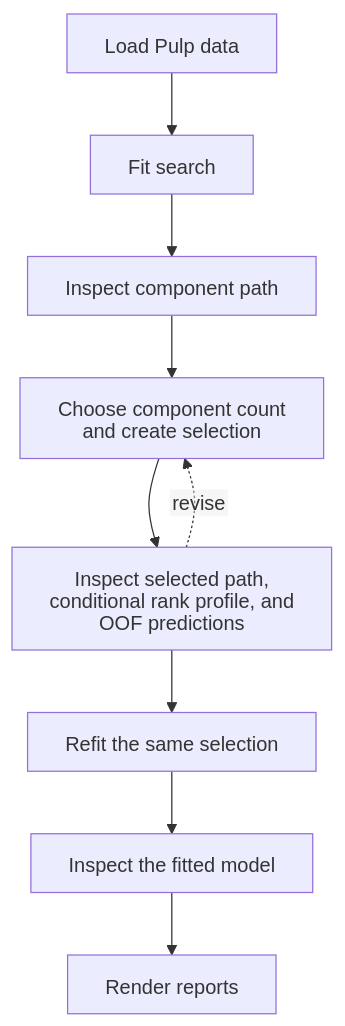
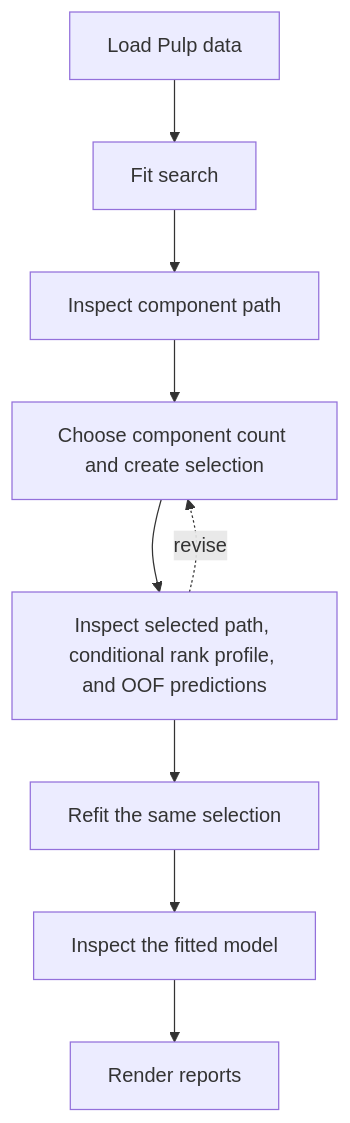
The diagram in docs/tutorials/pulp.md (stefanlindstroem/pipls_private), drawn with Mermaid before and after one commit. The commit also changed 4 other files, not shown here.

Commit message:
Simplify Mermaid integration

````diff
--- a/docs/tutorials/pulp.md
+++ b/docs/tutorials/pulp.md
@@ -14,18 +14,14 @@
 ```mermaid
----
-config:
-  htmlLabels: false
----
 flowchart TD
     load["Load Pulp data"]
     search["Fit search"]
     path["Inspect component path"]
     select["Choose component count and create selection"]
     review["Inspect selected path, conditional rank profile, and OOF predictions"]
     refit["Refit the same selection"]
     analyze["Inspect the fitted model"]
     render["Render reports"]
 
     load --> search --> path --> select --> review --> refit --> analyze --> render
     review -. "revise" .-> select
 ```
````
